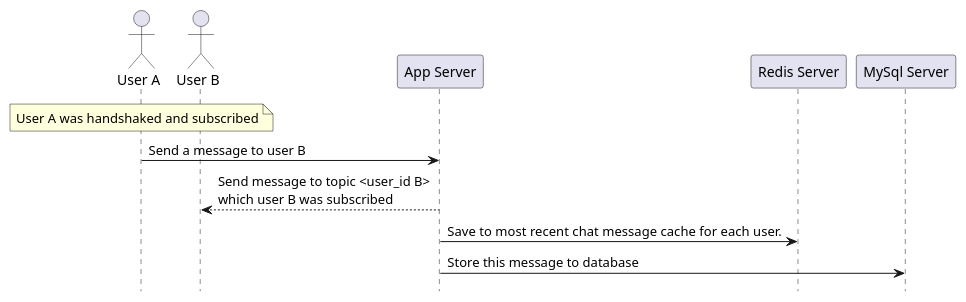
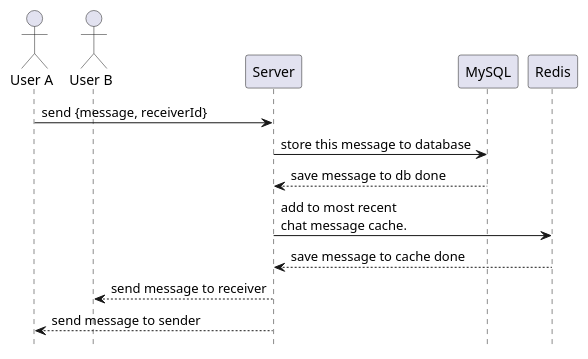
Before and after one commit to noradomi/foo-app: the diagram in docs/sequence diagrams/chatsingle.puml, drawn with PlantUML. The commit also changed 71 other files, not shown here.

```diff
--- a/docs/sequence diagrams/chatsingle.puml
+++ b/docs/sequence diagrams/chatsingle.puml
@@ -1,13 +1,12 @@
 @startuml chatsingle
 hide footbox
-
 actor "User A"
 actor "User B"
-
-note over "User A": User A was handshaked and subscribed
-"User A" -> "App Server": Send a message to user B
-"App Server" --> "User B": Send message to topic <user_id B> \nwhich user B was subscribed
-"App Server" -> "Redis Server": Save to most recent chat message cache for each user.
-"App Server" -> "MySql Server": Store this message to database
-
+"User A" -> "Server": send {message, receiverId}
+"Server" -> "MySQL": store this message to database
+"MySQL" --> "Server": save message to db done
+"Server" -> "Redis": add to most recent \nchat message cache.
+"Redis" --> "Server": save message to cache done
+"Server" --> "User B": send message to receiver
+"Server" --> "User A": send message to sender
 @enduml
```
